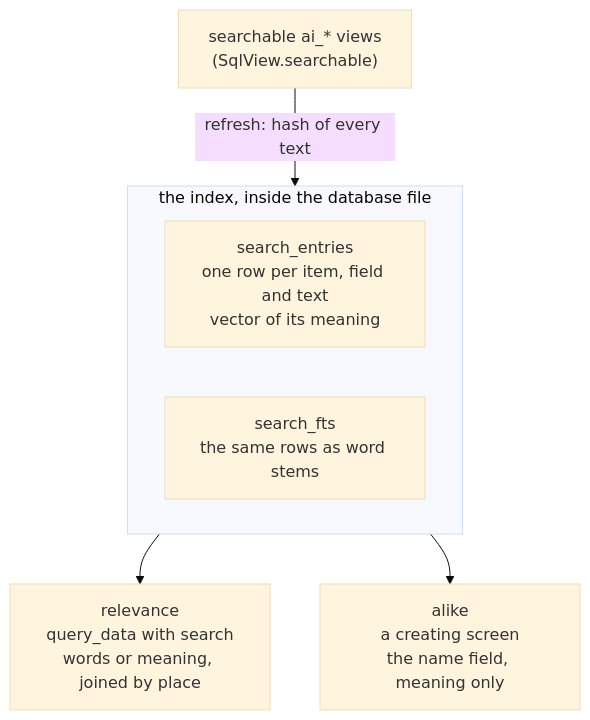
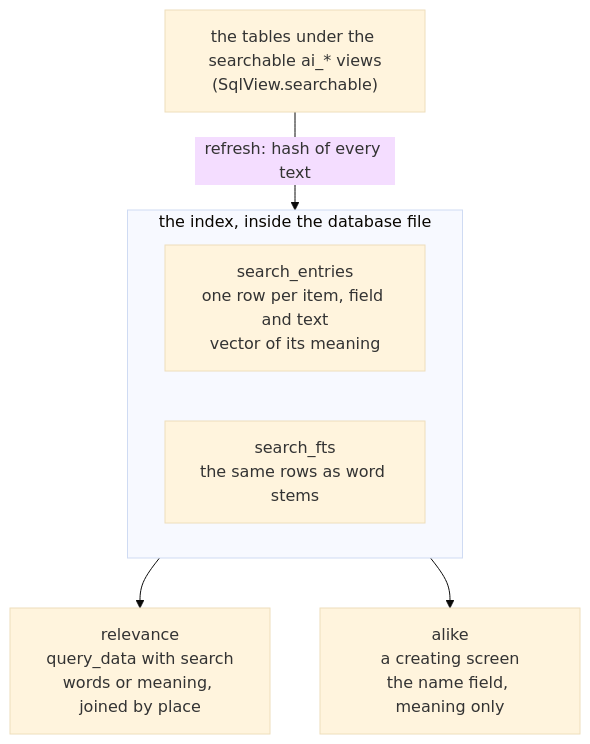
Before and after one commit to myvaheed/tg-ai-safwa: the diagram in docs/SEARCH.md, drawn with Mermaid (base theme). The commit also changed other lines of this file and 17 other files, not shown here.

````diff
--- a/docs/SEARCH.md
+++ b/docs/SEARCH.md
@@ -19,10 +19,10 @@
 ```mermaid
 flowchart TD
-    V["searchable ai_* views<br/>(SqlView.searchable)"] -->|refresh: hash of every text| IDX
+    V["the tables under the searchable ai_* views<br/>(SqlView.searchable)"] -->|refresh: hash of every text| IDX
     subgraph IDX["the index, inside the database file"]
         E["search_entries<br/>one row per item, field and text<br/>vector of its meaning"]
         F["search_fts<br/>the same rows as word stems"]
     end
     IDX --> R["relevance<br/>query_data with search<br/>words or meaning, joined by place"]
     IDX --> A["alike<br/>a creating screen<br/>the name field, meaning only"]
 ```
````
